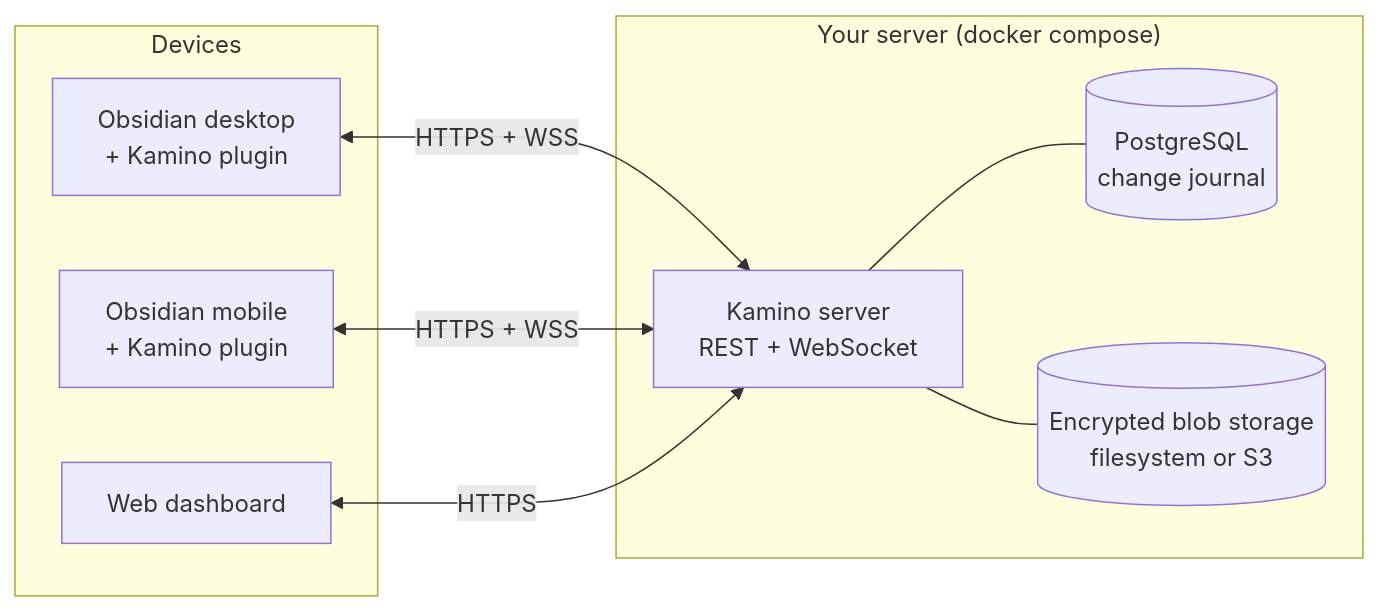
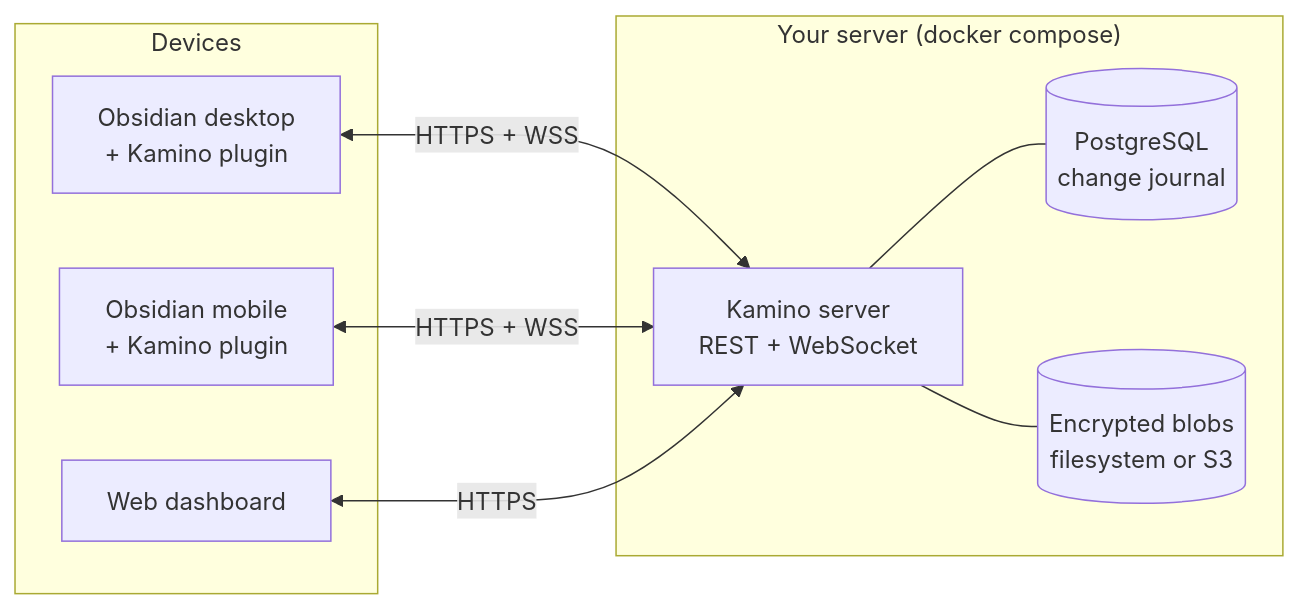
Before and after one commit to davidemaggi/Kamino: the diagram in README.md, drawn with Mermaid. The commit also changed other lines of this file and 58 other files, not shown here.

````diff
--- a/README.md
+++ b/README.md
@@ -56,18 +106,18 @@
 ```mermaid
 flowchart LR
     subgraph Devices
         D1[Obsidian desktop<br/>+ Kamino plugin]
         D2[Obsidian mobile<br/>+ Kamino plugin]
         W[Web dashboard]
     end
     subgraph "Your server (docker compose)"
         S[Kamino server<br/>REST + WebSocket]
         P[(PostgreSQL<br/>change journal)]
-        B[(Encrypted blob storage<br/>filesystem or S3)]
+        B[(Encrypted blobs<br/>filesystem or S3)]
     end
     D1 <-->|HTTPS + WSS| S
     D2 <-->|HTTPS + WSS| S
     W <-->|HTTPS| S
     S --- P
     S --- B
 ```
````
